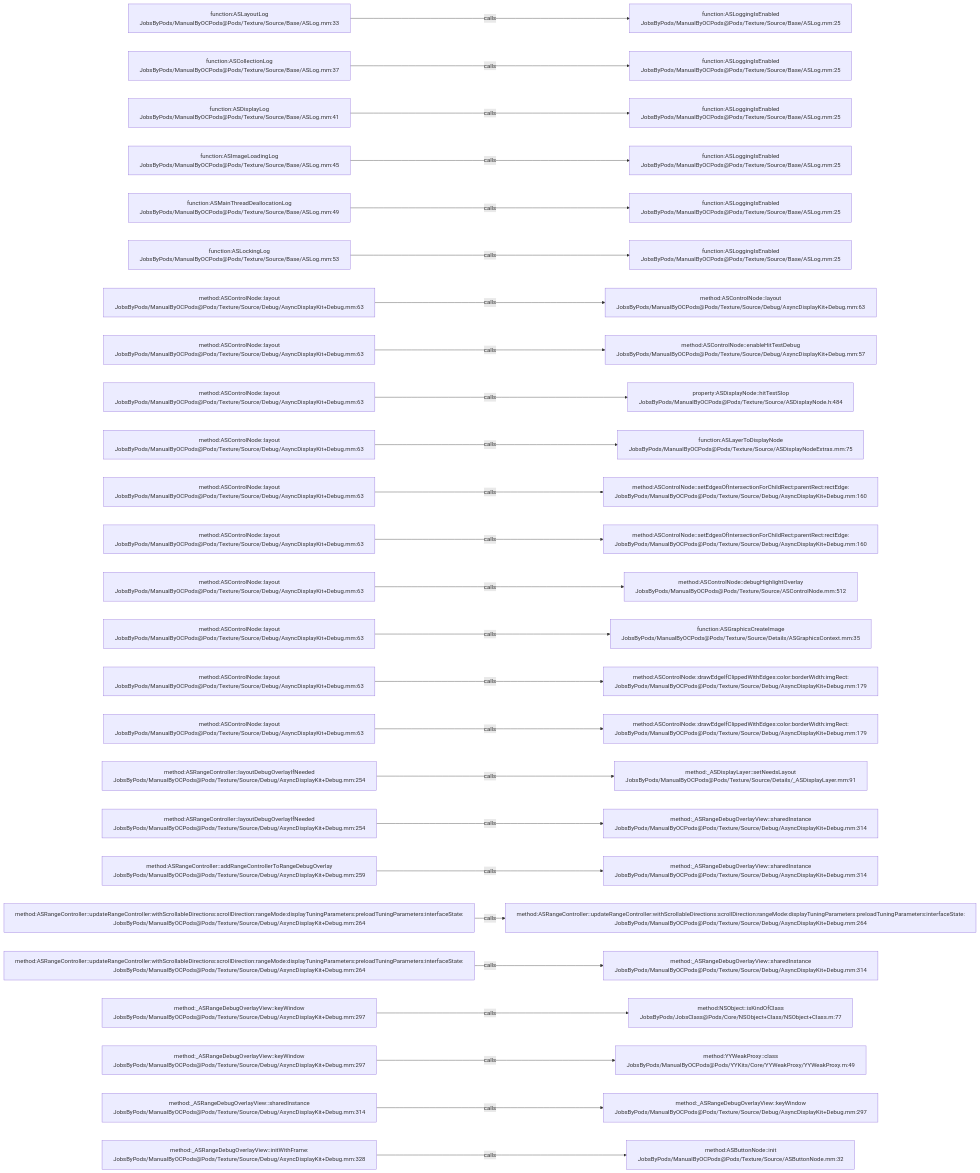
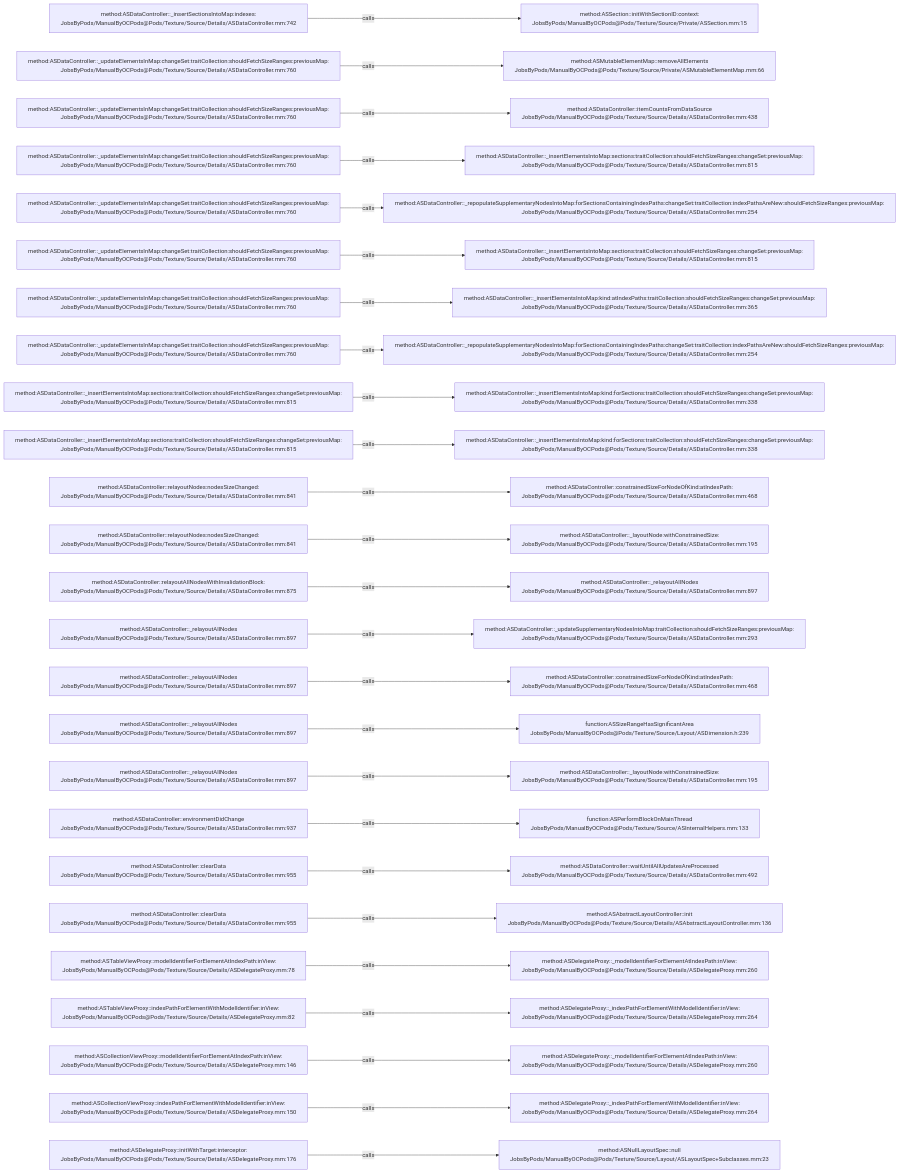
One commit to JobsKits/JobsOCBaseConfigDemo changed the diagram in .codegraph/codegraph.md/graphs/calls-140.md. Above: the diagram before and after it, drawn with Mermaid. The commit also changed 2723 other files, not shown here.

````diff
--- a/.codegraph/codegraph.md/graphs/calls-140.md
+++ b/.codegraph/codegraph.md/graphs/calls-140.md
@@ -13,78 +13,78 @@
 ```mermaid
 flowchart LR
-  S1["function:ASLayoutLog<br/>JobsByPods/ManualByOCPods@Pods/Texture/Source/Base/ASLog.mm:33"]
-  T1["function:ASLoggingIsEnabled<br/>JobsByPods/ManualByOCPods@Pods/Texture/Source/Base/ASLog.mm:25"]
+  S1["method:ASDataController::_insertSectionsIntoMap:indexes:<br/>JobsByPods/ManualByOCPods@Pods/Texture/Source/Details/ASDataController.mm:742"]
+  T1["method:ASSection::initWithSectionID:context:<br/>JobsByPods/ManualByOCPods@Pods/Texture/Source/Private/ASSection.mm:15"]
   S1 -->|calls| T1
-  S2["function:ASCollectionLog<br/>JobsByPods/ManualByOCPods@Pods/Texture/Source/Base/ASLog.mm:37"]
-  T2["function:ASLoggingIsEnabled<br/>JobsByPods/ManualByOCPods@Pods/Texture/Source/Base/ASLog.mm:25"]
+  S2["method:ASDataController::_updateElementsInMap:changeSet:traitCollection:shouldFetchSizeRanges:previousMap:<br/>JobsByPods/ManualByOCPods@Pods/Texture/Source/Details/ASDataController.mm:760"]
+  T2["method:ASMutableElementMap::removeAllElements<br/>JobsByPods/ManualByOCPods@Pods/Texture/Source/Private/ASMutableElementMap.mm:66"]
   S2 -->|calls| T2
-  S3["function:ASDisplayLog<br/>JobsByPods/ManualByOCPods@Pods/Texture/Source/Base/ASLog.mm:41"]
-  T3["function:ASLoggingIsEnabled<br/>JobsByPods/ManualByOCPods@Pods/Texture/Source/Base/ASLog.mm:25"]
+  S3["method:ASDataController::_updateElementsInMap:changeSet:traitCollection:shouldFetchSizeRanges:previousMap:<br/>JobsByPods/ManualByOCPods@Pods/Texture/Source/Details/ASDataController.mm:760"]
+  T3["method:ASDataController::itemCountsFromDataSource<br/>JobsByPods/ManualByOCPods@Pods/Texture/Source/Details/ASDataController.mm:438"]
   S3 -->|calls| T3
-  S4["function:ASImageLoadingLog<br/>JobsByPods/ManualByOCPods@Pods/Texture/Source/Base/ASLog.mm:45"]
-  T4["function:ASLoggingIsEnabled<br/>JobsByPods/ManualByOCPods@Pods/Texture/Source/Base/ASLog.mm:25"]
+  S4["method:ASDataController::_updateElementsInMap:changeSet:traitCollection:shouldFetchSizeRanges:previousMap:<br/>JobsByPods/ManualByOCPods@Pods/Texture/Source/Details/ASDataController.mm:760"]
+  T4["method:ASDataController::_insertElementsIntoMap:sections:traitCollection:shouldFetchSizeRanges:changeSet:previousMap:<br/>JobsByPods/ManualByOCPods@Pods/Texture/Source/Details/ASDataController.mm:815"]
   S4 -->|calls| T4
-  S5["function:ASMainThreadDeallocationLog<br/>JobsByPods/ManualByOCPods@Pods/Texture/Source/Base/ASLog.mm:49"]
-  T5["function:ASLoggingIsEnabled<br/>JobsByPods/ManualByOCPods@Pods/Texture/Source/Base/ASLog.mm:25"]
+  S5["method:ASDataController::_updateElementsInMap:changeSet:traitCollection:shouldFetchSizeRanges:previousMap:<br/>JobsByPods/ManualByOCPods@Pods/Texture/Source/Details/ASDataController.mm:760"]
+  T5["method:ASDataController::_repopulateSupplementaryNodesIntoMap:forSectionsContainingIndexPaths:changeSet:traitCollection:indexPathsAreNew:shouldFetchSizeRanges:previousMap:<br/>JobsByPods/ManualByOCPods@Pods/Texture/Source/Details/ASDataController.mm:254"]
   S5 -->|calls| T5
-  S6["function:ASLockingLog<br/>JobsByPods/ManualByOCPods@Pods/Texture/Source/Base/ASLog.mm:53"]
-  T6["function:ASLoggingIsEnabled<br/>JobsByPods/ManualByOCPods@Pods/Texture/Source/Base/ASLog.mm:25"]
+  S6["method:ASDataController::_updateElementsInMap:changeSet:traitCollection:shouldFetchSizeRanges:previousMap:<br/>JobsByPods/ManualByOCPods@Pods/Texture/Source/Details/ASDataController.mm:760"]
+  T6["method:ASDataController::_insertElementsIntoMap:sections:traitCollection:shouldFetchSizeRanges:changeSet:previousMap:<br/>JobsByPods/ManualByOCPods@Pods/Texture/Source/Details/ASDataController.mm:815"]
   S6 -->|calls| T6
-  S7["method:ASControlNode::layout<br/>JobsByPods/ManualByOCPods@Pods/Texture/Source/Debug/AsyncDisplayKit+Debug.mm:63"]
-  T7["method:ASControlNode::layout<br/>JobsByPods/ManualByOCPods@Pods/Texture/Source/Debug/AsyncDisplayKit+Debug.mm:63"]
+  S7["method:ASDataController::_updateElementsInMap:changeSet:traitCollection:shouldFetchSizeRanges:previousMap:<br/>JobsByPods/ManualByOCPods@Pods/Texture/Source/Details/ASDataController.mm:760"]
+  T7["method:ASDataController::_insertElementsIntoMap:kind:atIndexPaths:traitCollection:shouldFetchSizeRanges:changeSet:previousMap:<br/>JobsByPods/ManualByOCPods@Pods/Texture/Source/Details/ASDataController.mm:365"]
   S7 -->|calls| T7
-  S8["method:ASControlNode::layout<br/>JobsByPods/ManualByOCPods@Pods/Texture/Source/Debug/AsyncDisplayKit+Debug.mm:63"]
-  T8["method:ASControlNode::enableHitTestDebug<br/>JobsByPods/ManualByOCPods@Pods/Texture/Source/Debug/AsyncDisplayKit+Debug.mm:57"]
+  S8["method:ASDataController::_updateElementsInMap:changeSet:traitCollection:shouldFetchSizeRanges:previousMap:<br/>JobsByPods/ManualByOCPods@Pods/Texture/Source/Details/ASDataController.mm:760"]
+  T8["method:ASDataController::_repopulateSupplementaryNodesIntoMap:forSectionsContainingIndexPaths:changeSet:traitCollection:indexPathsAreNew:shouldFetchSizeRanges:previousMap:<br/>JobsByPods/ManualByOCPods@Pods/Texture/Source/Details/ASDataController.mm:254"]
   S8 -->|calls| T8
-  S9["method:ASControlNode::layout<br/>JobsByPods/ManualByOCPods@Pods/Texture/Source/Debug/AsyncDisplayKit+Debug.mm:63"]
-  T9["property:ASDisplayNode::hitTestSlop<br/>JobsByPods/ManualByOCPods@Pods/Texture/Source/ASDisplayNode.h:484"]
+  S9["method:ASDataController::_insertElementsIntoMap:sections:traitCollection:shouldFetchSizeRanges:changeSet:previousMap:<br/>JobsByPods/ManualByOCPods@Pods/Texture/Source/Details/ASDataController.mm:815"]
+  T9["method:ASDataController::_insertElementsIntoMap:kind:forSections:traitCollection:shouldFetchSizeRanges:changeSet:previousMap:<br/>JobsByPods/ManualByOCPods@Pods/Texture/Source/Details/ASDataController.mm:338"]
   S9 -->|calls| T9
-  S10["method:ASControlNode::layout<br/>JobsByPods/ManualByOCPods@Pods/Texture/Source/Debug/AsyncDisplayKit+Debug.mm:63"]
-  T10["function:ASLayerToDisplayNode<br/>JobsByPods/ManualByOCPods@Pods/Texture/Source/ASDisplayNodeExtras.mm:75"]
+  S10["method:ASDataController::_insertElementsIntoMap:sections:traitCollection:shouldFetchSizeRanges:changeSet:previousMap:<br/>JobsByPods/ManualByOCPods@Pods/Texture/Source/Details/ASDataController.mm:815"]
+  T10["method:ASDataController::_insertElementsIntoMap:kind:forSections:traitCollection:shouldFetchSizeRanges:changeSet:previousMap:<br/>JobsByPods/ManualByOCPods@Pods/Texture/Source/Details/ASDataController.mm:338"]
   S10 -->|calls| T10
-  S11["method:ASControlNode::layout<br/>JobsByPods/ManualByOCPods@Pods/Texture/Source/Debug/AsyncDisplayKit+Debug.mm:63"]
-  T11["method:ASControlNode::setEdgesOfIntersectionForChildRect:parentRect:rectEdge:<br/>JobsByPods/ManualByOCPods@Pods/Texture/Source/Debug/AsyncDisplayKit+Debug.mm:160"]
+  S11["method:ASDataController::relayoutNodes:nodesSizeChanged:<br/>JobsByPods/ManualByOCPods@Pods/Texture/Source/Details/ASDataController.mm:841"]
+  T11["method:ASDataController::constrainedSizeForNodeOfKind:atIndexPath:<br/>JobsByPods/ManualByOCPods@Pods/Texture/Source/Details/ASDataController.mm:468"]
   S11 -->|calls| T11
-  S12["method:ASControlNode::layout<br/>JobsByPods/ManualByOCPods@Pods/Texture/Source/Debug/AsyncDisplayKit+Debug.mm:63"]
-  T12["method:ASControlNode::setEdgesOfIntersectionForChildRect:parentRect:rectEdge:<br/>JobsByPods/ManualByOCPods@Pods/Texture/Source/Debug/AsyncDisplayKit+Debug.mm:160"]
+  S12["method:ASDataController::relayoutNodes:nodesSizeChanged:<br/>JobsByPods/ManualByOCPods@Pods/Texture/Source/Details/ASDataController.mm:841"]
+  T12["method:ASDataController::_layoutNode:withConstrainedSize:<br/>JobsByPods/ManualByOCPods@Pods/Texture/Source/Details/ASDataController.mm:195"]
   S12 -->|calls| T12
-  S13["method:ASControlNode::layout<br/>JobsByPods/ManualByOCPods@Pods/Texture/Source/Debug/AsyncDisplayKit+Debug.mm:63"]
-  T13["method:ASControlNode::debugHighlightOverlay<br/>JobsByPods/ManualByOCPods@Pods/Texture/Source/ASControlNode.mm:512"]
+  S13["method:ASDataController::relayoutAllNodesWithInvalidationBlock:<br/>JobsByPods/ManualByOCPods@Pods/Texture/Source/Details/ASDataController.mm:875"]
+  T13["method:ASDataController::_relayoutAllNodes<br/>JobsByPods/ManualByOCPods@Pods/Texture/Source/Details/ASDataController.mm:897"]
   S13 -->|calls| T13
-  S14["method:ASControlNode::layout<br/>JobsByPods/ManualByOCPods@Pods/Texture/Source/Debug/AsyncDisplayKit+Debug.mm:63"]
-  T14["function:ASGraphicsCreateImage<br/>JobsByPods/ManualByOCPods@Pods/Texture/Source/Details/ASGraphicsContext.mm:35"]
+  S14["method:ASDataController::_relayoutAllNodes<br/>JobsByPods/ManualByOCPods@Pods/Texture/Source/Details/ASDataController.mm:897"]
+  T14["method:ASDataController::_updateSupplementaryNodesIntoMap:traitCollection:shouldFetchSizeRanges:previousMap:<br/>JobsByPods/ManualByOCPods@Pods/Texture/Source/Details/ASDataController.mm:293"]
   S14 -->|calls| T14
-  S15["method:ASControlNode::layout<br/>JobsByPods/ManualByOCPods@Pods/Texture/Source/Debug/AsyncDisplayKit+Debug.mm:63"]
-  T15["method:ASControlNode::drawEdgeIfClippedWithEdges:color:borderWidth:imgRect:<br/>JobsByPods/ManualByOCPods@Pods/Texture/Source/Debug/AsyncDisplayKit+Debug.mm:179"]
+  S15["method:ASDataController::_relayoutAllNodes<br/>JobsByPods/ManualByOCPods@Pods/Texture/Source/Details/ASDataController.mm:897"]
+  T15["method:ASDataController::constrainedSizeForNodeOfKind:atIndexPath:<br/>JobsByPods/ManualByOCPods@Pods/Texture/Source/Details/ASDataController.mm:468"]
   S15 -->|calls| T15
-  S16["method:ASControlNode::layout<br/>JobsByPods/ManualByOCPods@Pods/Texture/Source/Debug/AsyncDisplayKit+Debug.mm:63"]
-  T16["method:ASControlNode::drawEdgeIfClippedWithEdges:color:borderWidth:imgRect:<br/>JobsByPods/ManualByOCPods@Pods/Texture/Source/Debug/AsyncDisplayKit+Debug.mm:179"]
+  S16["method:ASDataController::_relayoutAllNodes<br/>JobsByPods/ManualByOCPods@Pods/Texture/Source/Details/ASDataController.mm:897"]
+  T16["function:ASSizeRangeHasSignificantArea<br/>JobsByPods/ManualByOCPods@Pods/Texture/Source/Layout/ASDimension.h:239"]
   S16 -->|calls| T16
-  S17["method:ASRangeController::layoutDebugOverlayIfNeeded<br/>JobsByPods/ManualByOCPods@Pods/Texture/Source/Debug/AsyncDisplayKit+Debug.mm:254"]
-  T17["method:_ASDisplayLayer::setNeedsLayout<br/>JobsByPods/ManualByOCPods@Pods/Texture/Source/Details/_ASDisplayLayer.mm:91"]
+  S17["method:ASDataController::_relayoutAllNodes<br/>JobsByPods/ManualByOCPods@Pods/Texture/Source/Details/ASDataController.mm:897"]
+  T17["method:ASDataController::_layoutNode:withConstrainedSize:<br/>JobsByPods/ManualByOCPods@Pods/Texture/Source/Details/ASDataController.mm:195"]
   S17 -->|calls| T17
-  S18["method:ASRangeController::layoutDebugOverlayIfNeeded<br/>JobsByPods/ManualByOCPods@Pods/Texture/Source/Debug/AsyncDisplayKit+Debug.mm:254"]
-  T18["method:_ASRangeDebugOverlayView::sharedInstance<br/>JobsByPods/ManualByOCPods@Pods/Texture/Source/Debug/AsyncDisplayKit+Debug.mm:314"]
+  S18["method:ASDataController::environmentDidChange<br/>JobsByPods/ManualByOCPods@Pods/Texture/Source/Details/ASDataController.mm:937"]
+  T18["function:ASPerformBlockOnMainThread<br/>JobsByPods/ManualByOCPods@Pods/Texture/Source/ASInternalHelpers.mm:133"]
   S18 -->|calls| T18
-  S19["method:ASRangeController::addRangeControllerToRangeDebugOverlay<br/>JobsByPods/ManualByOCPods@Pods/Texture/Source/Debug/AsyncDisplayKit+Debug.mm:259"]
-  T19["method:_ASRangeDebugOverlayView::sharedInstance<br/>JobsByPods/ManualByOCPods@Pods/Texture/Source/Debug/AsyncDisplayKit+Debug.mm:314"]
+  S19["method:ASDataController::clearData<br/>JobsByPods/ManualByOCPods@Pods/Texture/Source/Details/ASDataController.mm:955"]
+  T19["method:ASDataController::waitUntilAllUpdatesAreProcessed<br/>JobsByPods/ManualByOCPods@Pods/Texture/Source/Details/ASDataController.mm:492"]
   S19 -->|calls| T19
-  S20["method:ASRangeController::updateRangeController:withScrollableDirections:scrollDirection:rangeMode:displayTuningParameters:preloadTuningParameters:interfaceState:<br/>JobsByPods/ManualByOCPods@Pods/Texture/Source/Debug/AsyncDisplayKit+Debug.mm:264"]
-  T20["method:ASRangeController::updateRangeController:withScrollableDirections:scrollDirection:rangeMode:displayTuningParameters:preloadTuningParameters:interfaceState:<br/>JobsByPods/ManualByOCPods@Pods/Texture/Source/Debug/AsyncDisplayKit+Debug.mm:264"]
+  S20["method:ASDataController::clearData<br/>JobsByPods/ManualByOCPods@Pods/Texture/Source/Details/ASDataController.mm:955"]
+  T20["method:ASAbstractLayoutController::init<br/>JobsByPods/ManualByOCPods@Pods/Texture/Source/Details/ASAbstractLayoutController.mm:136"]
   S20 -->|calls| T20
-  S21["method:ASRangeController::updateRangeController:withScrollableDirections:scrollDirection:rangeMode:displayTuningParameters:preloadTuningParameters:interfaceState:<br/>JobsByPods/ManualByOCPods@Pods/Texture/Source/Debug/AsyncDisplayKit+Debug.mm:264"]
-  T21["method:_ASRangeDebugOverlayView::sharedInstance<br/>JobsByPods/ManualByOCPods@Pods/Texture/Source/Debug/AsyncDisplayKit+Debug.mm:314"]
+  S21["method:ASTableViewProxy::modelIdentifierForElementAtIndexPath:inView:<br/>JobsByPods/ManualByOCPods@Pods/Texture/Source/Details/ASDelegateProxy.mm:78"]
+  T21["method:ASDelegateProxy::_modelIdentifierForElementAtIndexPath:inView:<br/>JobsByPods/ManualByOCPods@Pods/Texture/Source/Details/ASDelegateProxy.mm:260"]
   S21 -->|calls| T21
-  S22["method:_ASRangeDebugOverlayView::keyWindow<br/>JobsByPods/ManualByOCPods@Pods/Texture/Source/Debug/AsyncDisplayKit+Debug.mm:297"]
-  T22["method:NSObject::isKindOfClass<br/>JobsByPods/JobsClass@Pods/Core/NSObject+Class/NSObject+Class.m:77"]
+  S22["method:ASTableViewProxy::indexPathForElementWithModelIdentifier:inView:<br/>JobsByPods/ManualByOCPods@Pods/Texture/Source/Details/ASDelegateProxy.mm:82"]
+  T22["method:ASDelegateProxy::_indexPathForElementWithModelIdentifier:inView:<br/>JobsByPods/ManualByOCPods@Pods/Texture/Source/Details/ASDelegateProxy.mm:264"]
   S22 -->|calls| T22
-  S23["method:_ASRangeDebugOverlayView::keyWindow<br/>JobsByPods/ManualByOCPods@Pods/Texture/Source/Debug/AsyncDisplayKit+Debug.mm:297"]
-  T23["method:YYWeakProxy::class<br/>JobsByPods/ManualByOCPods@Pods/YYKits/Core/YYWeakProxy/YYWeakProxy.m:49"]
+  S23["method:ASCollectionViewProxy::modelIdentifierForElementAtIndexPath:inView:<br/>JobsByPods/ManualByOCPods@Pods/Texture/Source/Details/ASDelegateProxy.mm:146"]
+  T23["method:ASDelegateProxy::_modelIdentifierForElementAtIndexPath:inView:<br/>JobsByPods/ManualByOCPods@Pods/Texture/Source/Details/ASDelegateProxy.mm:260"]
   S23 -->|calls| T23
-  S24["method:_ASRangeDebugOverlayView::sharedInstance<br/>JobsByPods/ManualByOCPods@Pods/Texture/Source/Debug/AsyncDisplayKit+Debug.mm:314"]
-  T24["method:_ASRangeDebugOverlayView::keyWindow<br/>JobsByPods/ManualByOCPods@Pods/Texture/Source/Debug/AsyncDisplayKit+Debug.mm:297"]
+  S24["method:ASCollectionViewProxy::indexPathForElementWithModelIdentifier:inView:<br/>JobsByPods/ManualByOCPods@Pods/Texture/Source/Details/ASDelegateProxy.mm:150"]
+  T24["method:ASDelegateProxy::_indexPathForElementWithModelIdentifier:inView:<br/>JobsByPods/ManualByOCPods@Pods/Texture/Source/Details/ASDelegateProxy.mm:264"]
   S24 -->|calls| T24
-  S25["method:_ASRangeDebugOverlayView::initWithFrame:<br/>JobsByPods/ManualByOCPods@Pods/Texture/Source/Debug/AsyncDisplayKit+Debug.mm:328"]
-  T25["method:ASButtonNode::init<br/>JobsByPods/ManualByOCPods@Pods/Texture/Source/ASButtonNode.mm:32"]
+  S25["method:ASDelegateProxy::initWithTarget:interceptor:<br/>JobsByPods/ManualByOCPods@Pods/Texture/Source/Details/ASDelegateProxy.mm:176"]
+  T25["method:ASNullLayoutSpec::null<br/>JobsByPods/ManualByOCPods@Pods/Texture/Source/Layout/ASLayoutSpec+Subclasses.mm:23"]
   S25 -->|calls| T25
 ```
````
